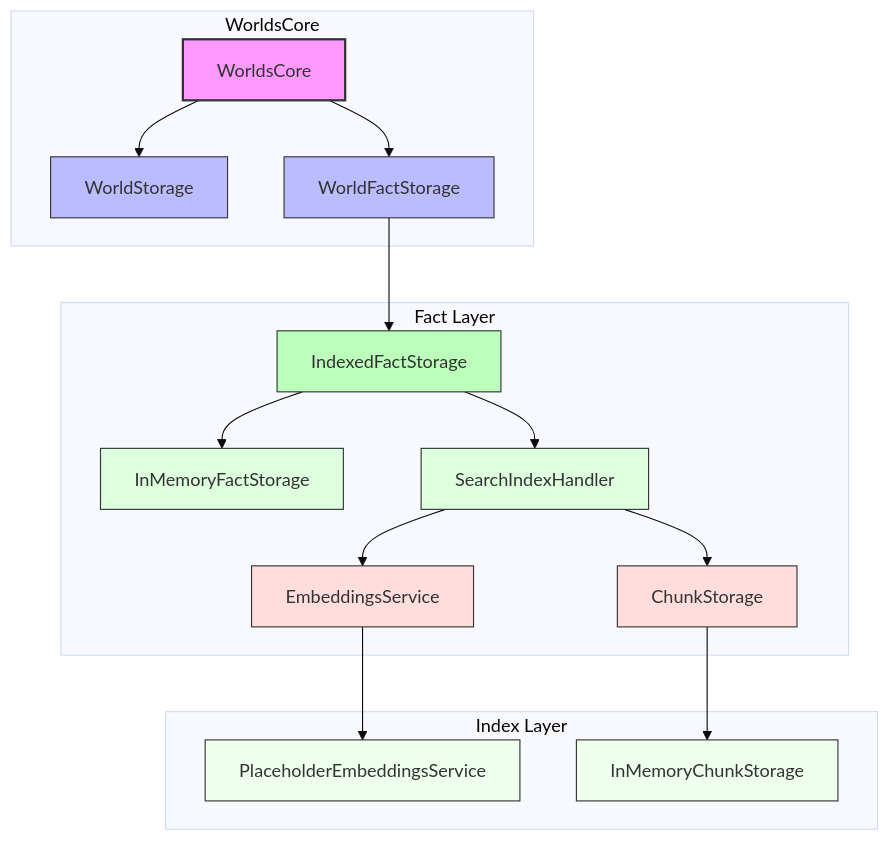
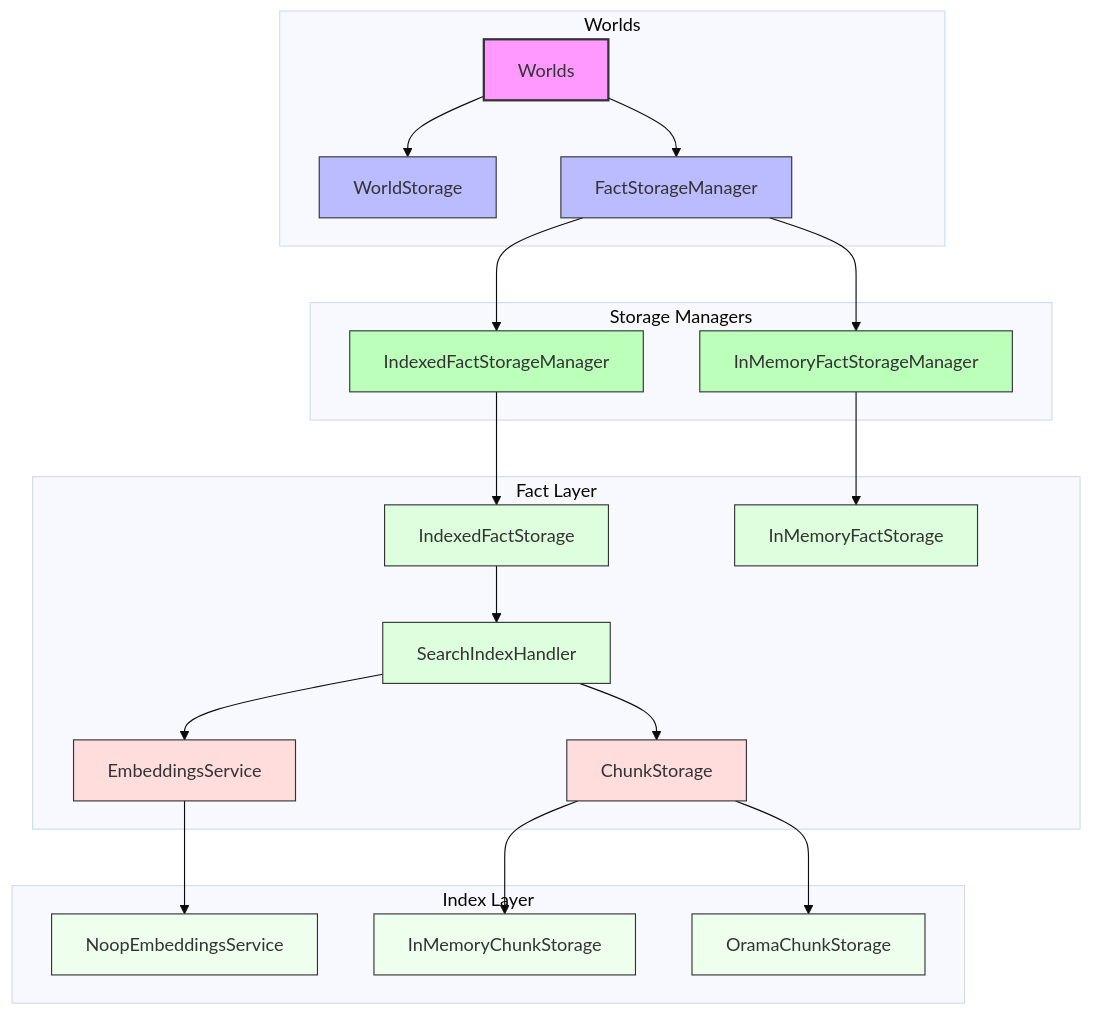
Before and after one commit to wazootech/worlds-api: the fifth of 5 diagrams in docs/ARCHITECTURE.md, drawn with Mermaid (base theme). The commit also changed other lines of this file and 8 other files, not shown here.

Commit message:
refactor: rename worlds/worlds/facts -> worlds/facts, add InMemoryFactStorageManager tests

````diff
--- a/docs/ARCHITECTURE.md
+++ b/docs/ARCHITECTURE.md
@@ -198,31 +237,40 @@
 ```mermaid
 flowchart TB
-    subgraph WorldsCore
-        A[WorldsCore] --> B[WorldStorage]
-        A --> C[WorldFactStorage]
+    subgraph Worlds
+        A[Worlds] --> B[WorldStorage]
+        A --> C[FactStorageManager]
+    end
+    
+    subgraph Storage Managers
+        C --> D[IndexedFactStorageManager]
+        C --> E[InMemoryFactStorageManager]
     end
     
     subgraph Fact Layer
-        C --> D[IndexedFactStorage]
-        D --> E[InMemoryFactStorage]
-        D --> F[SearchIndexHandler]
-        F --> G[EmbeddingsService]
-        F --> H[ChunkStorage]
+        D --> F[IndexedFactStorage]
+        E --> G[InMemoryFactStorage]
+        F --> H[SearchIndexHandler]
+        H --> I[EmbeddingsService]
+        H --> J[ChunkStorage]
     end
     
     subgraph Index Layer
-        G --> I[PlaceholderEmbeddingsService]
-        H --> J[InMemoryChunkStorage]
+        I --> K[NoopEmbeddingsService]
+        J --> L[InMemoryChunkStorage]
+        J --> M[OramaChunkStorage]
     end
     
     style A fill:#f9f,stroke:#333,stroke-width:2px
     style B fill:#bbf,stroke:#333
     style C fill:#bbf,stroke:#333
     style D fill:#bfb,stroke:#333
-    style E fill:#dfd,stroke:#333
+    style E fill:#bfb,stroke:#333
     style F fill:#dfd,stroke:#333
-    style G fill:#fdd,stroke:#333
-    style H fill:#fdd,stroke:#333
-    style I fill:#efe,stroke:#333
-    style J fill:#efe,stroke:#333
+    style G fill:#dfd,stroke:#333
+    style H fill:#dfd,stroke:#333
+    style I fill:#fdd,stroke:#333
+    style J fill:#fdd,stroke:#333
+    style K fill:#efe,stroke:#333
+    style L fill:#efe,stroke:#333
+    style M fill:#efe,stroke:#333
 ```
````
